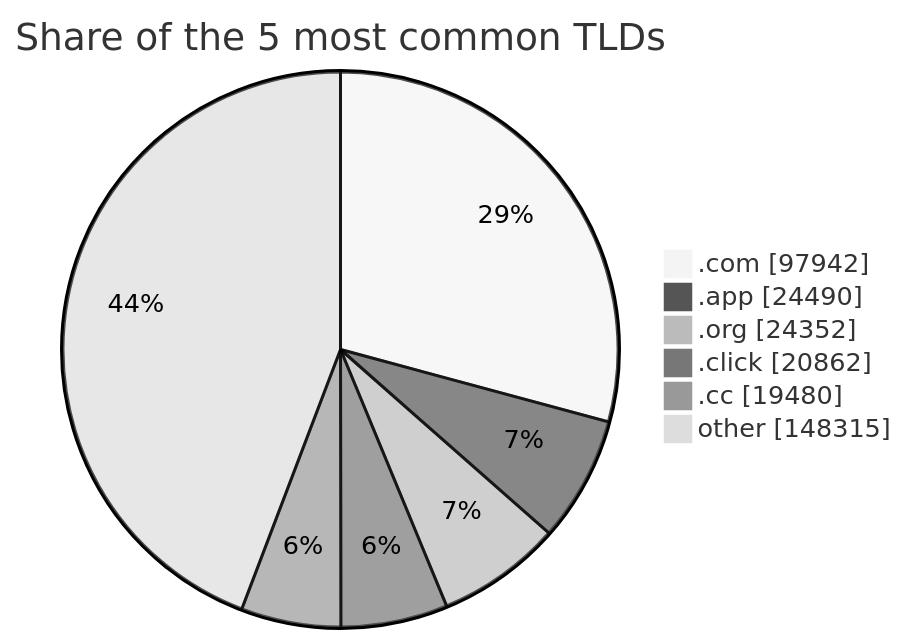
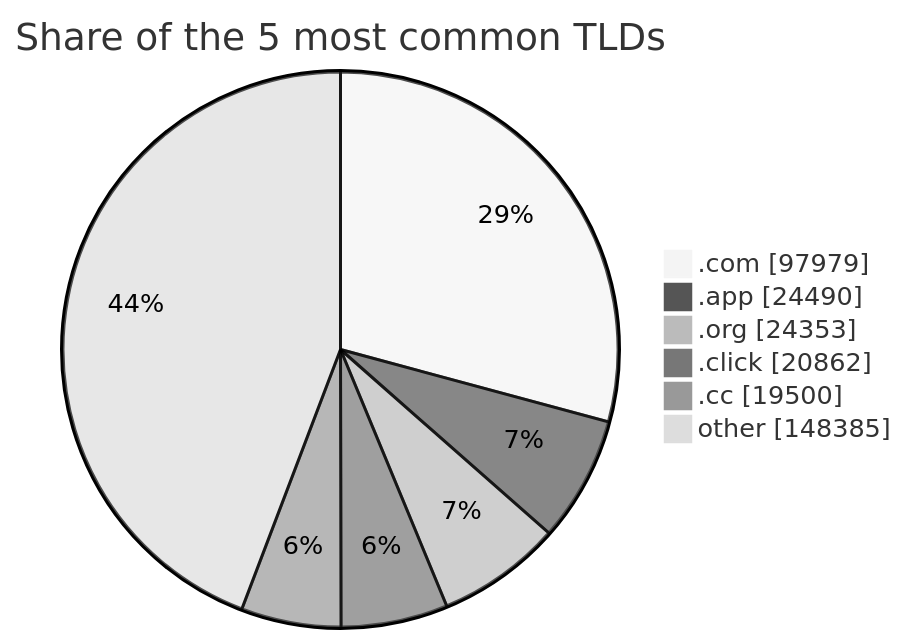
One commit to DNSBunker/CTI changed the third of 3 diagrams in README.md. Above: the diagram before and after it, drawn with Mermaid (neutral theme). The commit also changed other lines of this file and 4 other files, not shown here.

````diff
--- a/README.md
+++ b/README.md
@@ -81,9 +81,9 @@
 ```mermaid
 pie showData title Share of the 5 most common TLDs
-    ".com" : 97942
+    ".com" : 97979
     ".app" : 24490
-    ".org" : 24352
+    ".org" : 24353
     ".click" : 20862
-    ".cc" : 19480
-    "other" : 148315
+    ".cc" : 19500
+    "other" : 148385
 ```
````
